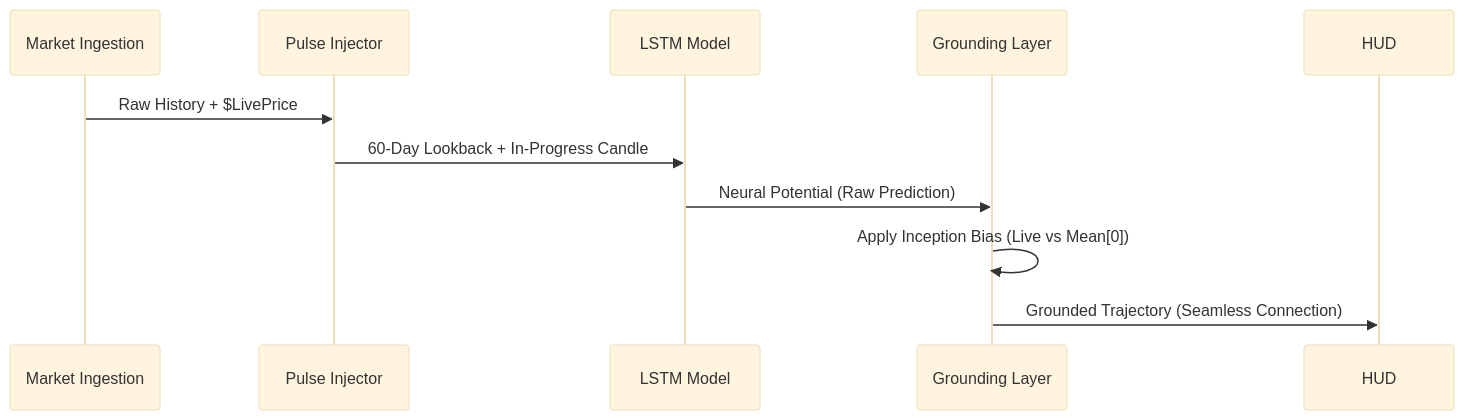
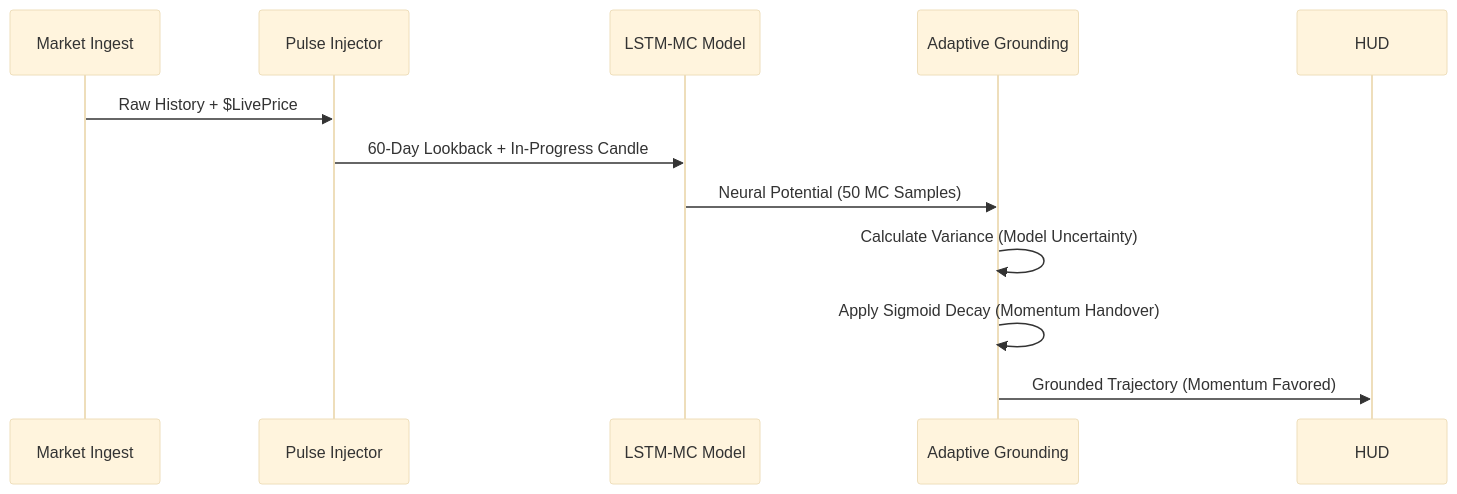
The second of 2 diagrams in README.md (CaballeroRAR/btc-predictor), drawn with Mermaid (base theme) before and after one commit. The commit also changed other lines of this file, not shown here.

Commit message:
docs: update architecture, deployment strategy, and diagnostic documentation in README.md

````diff
--- a/README.md
+++ b/README.md
@@ -53,14 +53,15 @@
 ```mermaid
 sequenceDiagram
-    participant M as Market Ingestion
+    participant M as Market Ingest
     participant I as Pulse Injector
-    participant L as LSTM Model
-    participant G as Grounding Layer
+    participant L as LSTM-MC Model
+    participant G as Adaptive Grounding
     participant H as HUD
 
     M->>I: Raw History + $LivePrice
     I->>L: 60-Day Lookback + In-Progress Candle
-    L->>G: Neural Potential (Raw Prediction)
-    G->>G: Apply Inception Bias (Live vs Mean[0])
-    G->>H: Grounded Trajectory (Seamless Connection)
+    L->>G: Neural Potential (50 MC Samples)
+    G->>G: Calculate Variance (Model Uncertainty)
+    G->>G: Apply Sigmoid Decay (Momentum Handover)
+    G->>H: Grounded Trajectory (Momentum Favored)
 ```
````
